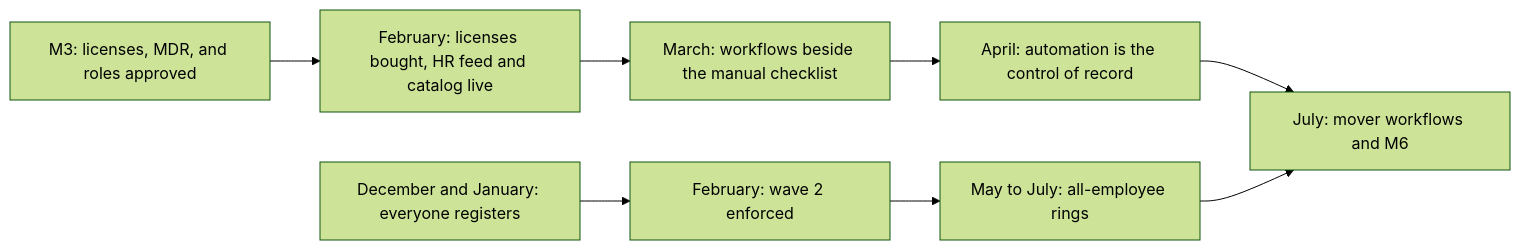
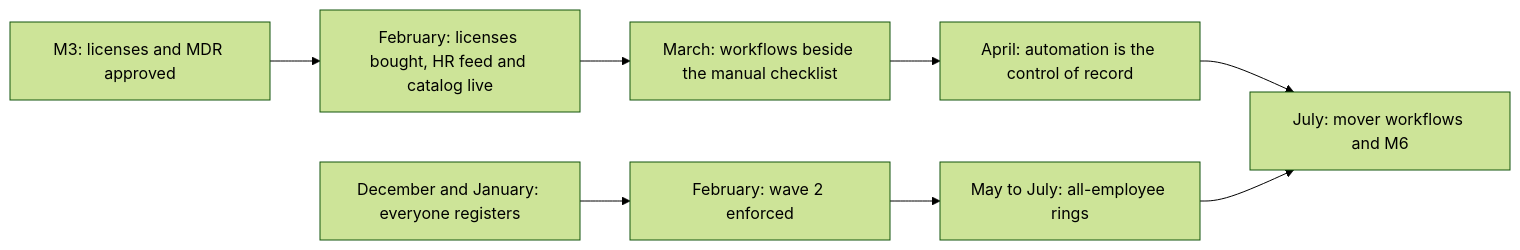
Before and after one commit to lexxon21/it-security-first-year-plan: the second of 2 diagrams in docs/03-twelve-month-roadmap.md, drawn with Mermaid (forest theme). The commit also changed other lines of this file and 34 other files, not shown here.

````diff
--- a/docs/03-twelve-month-roadmap.md
+++ b/docs/03-twelve-month-roadmap.md
@@ -139,10 +134,10 @@
 ```mermaid
 flowchart LR
-  A["M3: licenses, MDR, and roles approved"] --> B["February: licenses bought, HR feed and catalog live"]
+  A["M3: licenses and MDR approved"] --> B["February: licenses bought, HR feed and catalog live"]
   B --> C["March: workflows beside the manual checklist"]
   C --> D["April: automation is the control of record"]
   D --> E["July: mover workflows and M6"]
   R["December and January: everyone registers"] --> F["February: wave 2 enforced"]
   F --> G["May to July: all-employee rings"]
   G --> E
 ```
````
